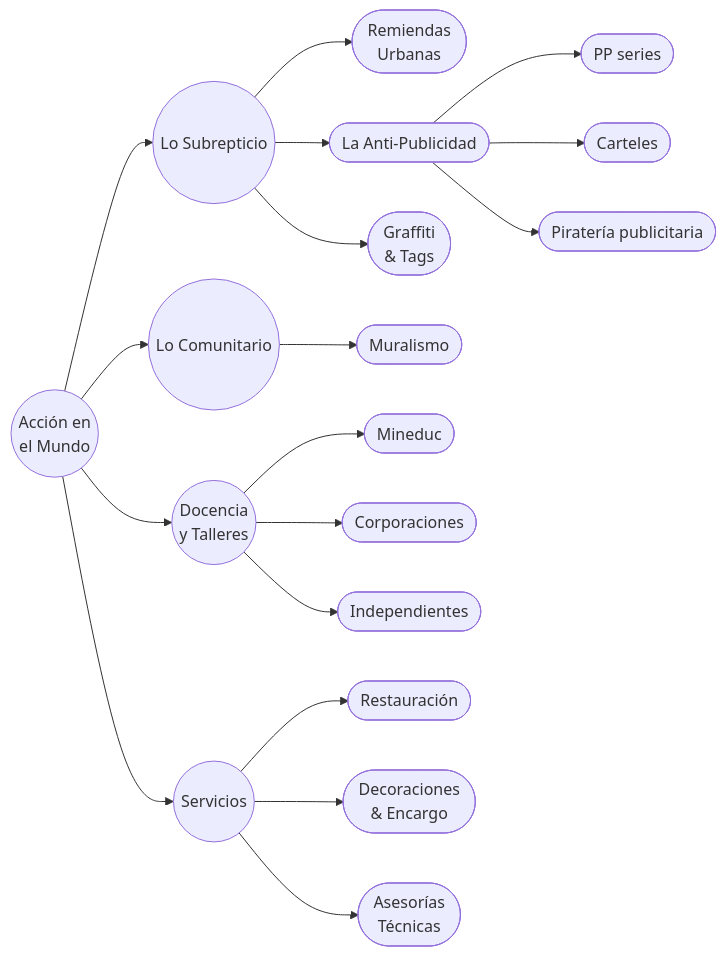
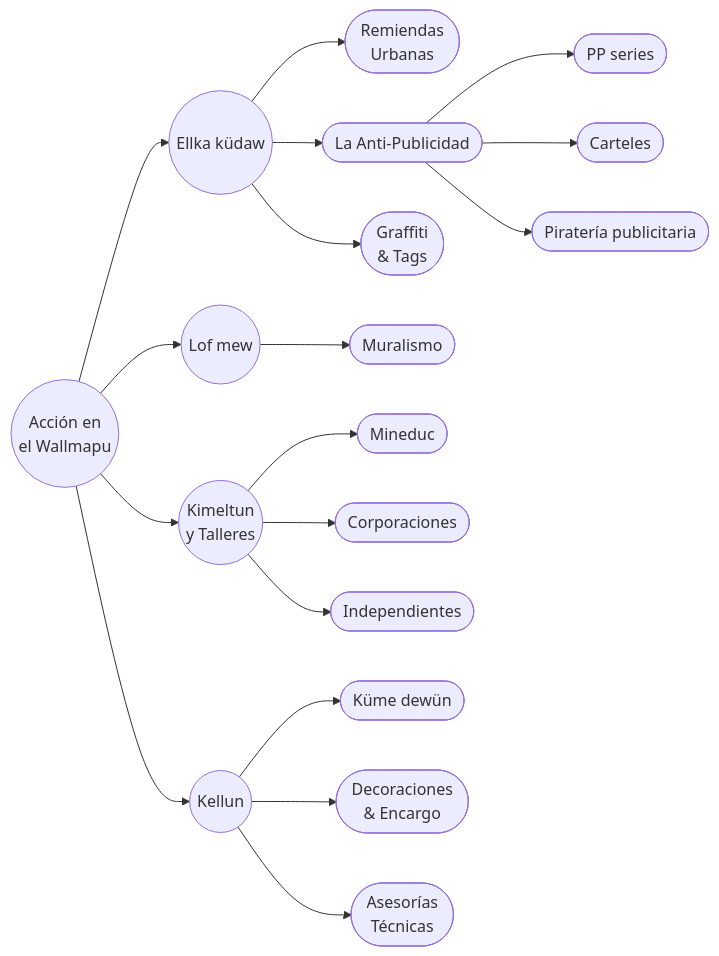
One commit to EGGS-Artesvisuales/EGGS-Artesvisuales.github.io changed the second of 3 diagrams in MPD/diagrama.md. Above: the diagram before and after it, drawn with Mermaid. The commit also changed other lines of this file and 43 other files, not shown here.

```diff
--- a/MPD/diagrama.md
+++ b/MPD/diagrama.md
@@ -139,49 +139,49 @@
 <div class="mermaid">
 graph LR
-  B((Acción en\nel Mundo)) --> B1((Lo Subrepticio))
+  B((Acción en\nel Wallmapu)) --> B1((Ellka küdaw))
   B1 --> B1a([Remiendas\nUrbanas])
   B1 --> B1b([La Anti-Publicidad])
   B1 --> B1c([Graffiti\n& Tags])
 
   %% HIJOS: La Anti-Publicidad (nuevos)
   B1b --> B1b1([PP series])
   B1b --> B1b2([Carteles])
   B1b --> B1b3([Piratería publicitaria])
 
-  B --> B2((Lo Comunitario))
+  B --> B2((Lof mew))
   B2 --> B2a([Muralismo])
 
-  B --> B3((Docencia\ny Talleres))
+  B --> B3((Kimeltun\ny Talleres))
   B3 --> B3a([Mineduc])
   B3 --> B3b([Corporaciones])
   B3 --> B3c([Independientes])
 
-  B --> B4((Servicios))
-  B4 --> B4a([Restauración])
+  B --> B4((Kellun))
+  B4 --> B4a([Küme dewün])
   B4 --> B4b([Decoraciones\n& Encargo])
   B4 --> B4c([Asesorías\nTécnicas])
 
   %% Enlaces (existentes)
-  click B "accion.html" "Ir a Acción en el Mundo"
-  click B1 "subrepticio.html" "Ir a Lo Subrepticio"
+  click B "accion.html" "Ir a Mapu mew Küdaw"
+  click B1 "subrepticio.html" "Ir a Ellka küdaw"
   click B1a "subrep-remiendas-urbanas.html" "Ir a Remiendas Urbanas"
   click B1b "subrep-antipublicidad.html" "Ir a La Anti-Publicidad"
-  click B2 "comunitario.html" "Ir a Lo Comunitario"
-  click B3 "docencia.html" "Ir a Docencia y Talleres"
-  click B4 "servicios.html" "Ir a Servicios"
+  click B2 "lof mew.html" "Ir a Lof mew"
+  click B3 "docencia.html" "Ir a Kimeltun ka Talleres"
+  click B4 "servicios.html" "Ir a Kellun"
 
   %% Enlaces (no existentes aún -> en construcción)
-  click B1c "en-construccion.html" "En construcción"
-  click B2a "en-construccion.html" "En construcción"
-  click B3a "en-construccion.html" "En construcción"
-  click B3b "en-construccion.html" "En construcción"
-  click B3c "en-construccion.html" "En construcción"
-  click B4a "en-construccion.html" "En construcción"
-  click B4b "en-construccion.html" "En construcción"
-  click B4c "en-construccion.html" "En construcción"
+  click B1c "en-construccion.html" "Dewmangen mew"
+  click B2a "en-construccion.html" "Dewmangen mew"
+  click B3a "en-construccion.html" "Dewmangen mew"
+  click B3b "en-construccion.html" "Dewmangen mew"
+  click B3c "en-construccion.html" "Dewmangen mew"
+  click B4a "en-construccion.html" "Dewmangen mew"
+  click B4b "en-construccion.html" "Dewmangen mew"
+  click B4c "en-construccion.html" "Dewmangen mew"
 
   %% Enlaces (nuevos hijos -> en construcción)
-  click B1b1 "en-construccion.html" "En construcción"
-  click B1b2 "en-construccion.html" "En construcción"
-  click B1b3 "en-construccion.html" "En construcción"
+  click B1b1 "en-construccion.html" "Dewmangen mew"
+  click B1b2 "en-construccion.html" "Dewmangen mew"
+  click B1b3 "en-construccion.html" "Dewmangen mew"
 </div>
```
